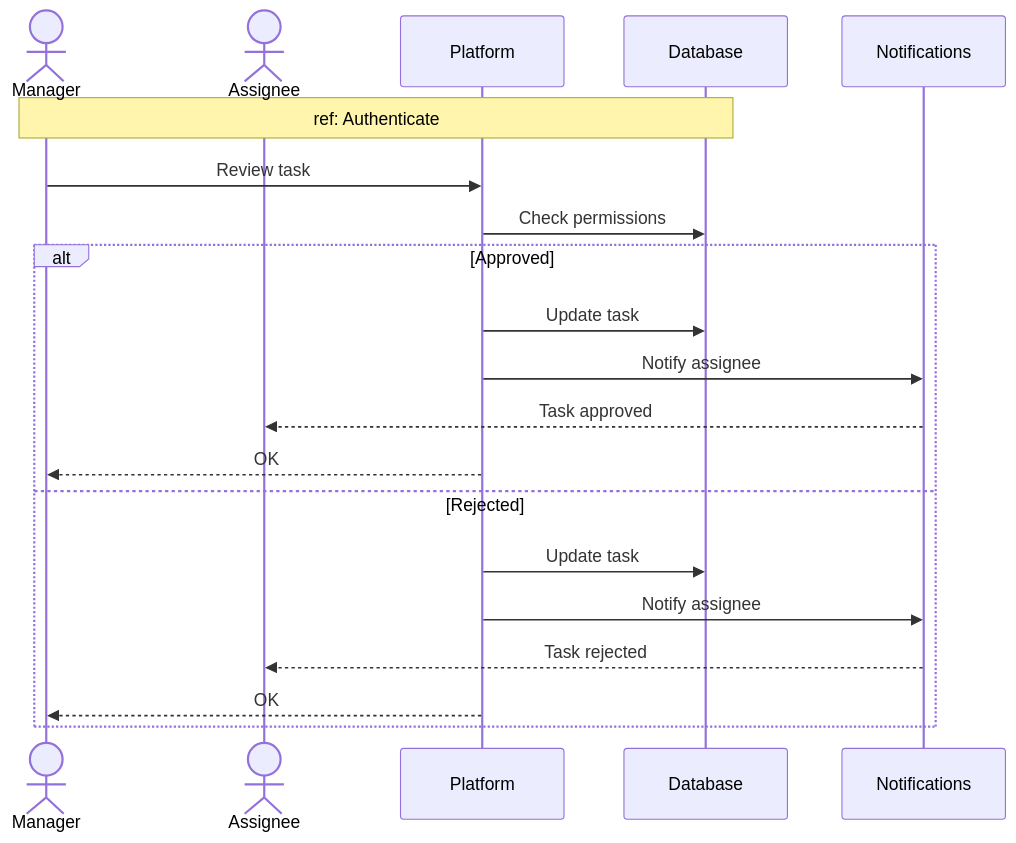
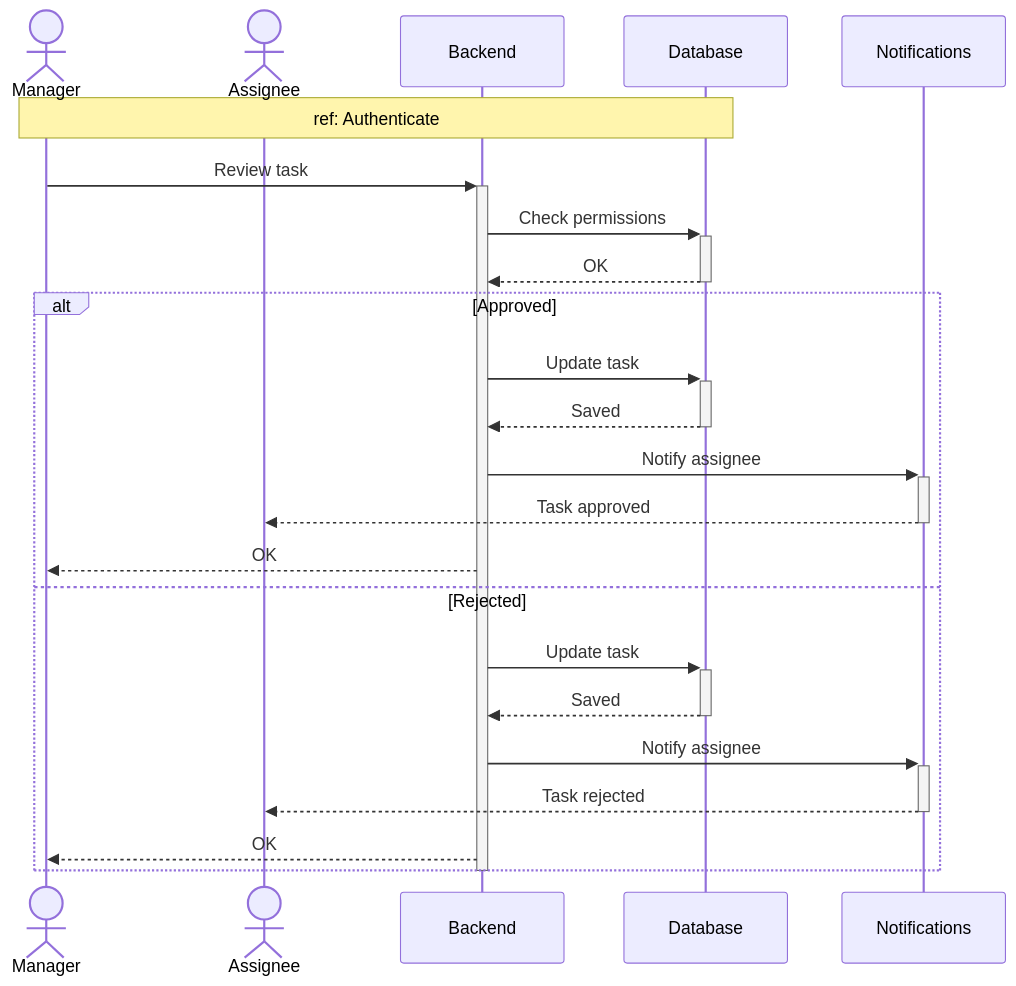
Diagram 13 of 16 in docs/SEQUENCE_DIAGRAMS.md (MohamedChebbi123/teamnest), drawn with Mermaid before and after one commit. The commit also changed other lines of this file, not shown here.

````diff
--- a/docs/SEQUENCE_DIAGRAMS.md
+++ b/docs/SEQUENCE_DIAGRAMS.md
@@ -391,24 +447,28 @@
 ```mermaid
 sequenceDiagram
     actor Manager
     actor Assignee
-    participant API as Platform
+    participant API as Backend
     participant DB as Database
     participant Notif as Notifications
 
     Note over Manager,DB: ref: Authenticate
 
-    Manager->>API: Review task
-    API->>DB: Check permissions
+    Manager->>+API: Review task
+    API->>+DB: Check permissions
+    DB-->>-API: OK
     alt Approved
-        API->>DB: Update task
-        API->>Notif: Notify assignee
-        Notif-->>Assignee: Task approved
+        API->>+DB: Update task
+        DB-->>-API: Saved
+        API->>+Notif: Notify assignee
+        Notif-->>-Assignee: Task approved
         API-->>Manager: OK
     else Rejected
-        API->>DB: Update task
-        API->>Notif: Notify assignee
-        Notif-->>Assignee: Task rejected
+        API->>+DB: Update task
+        DB-->>-API: Saved
+        API->>+Notif: Notify assignee
+        Notif-->>-Assignee: Task rejected
         API-->>Manager: OK
     end
+    deactivate API
 ```
````
